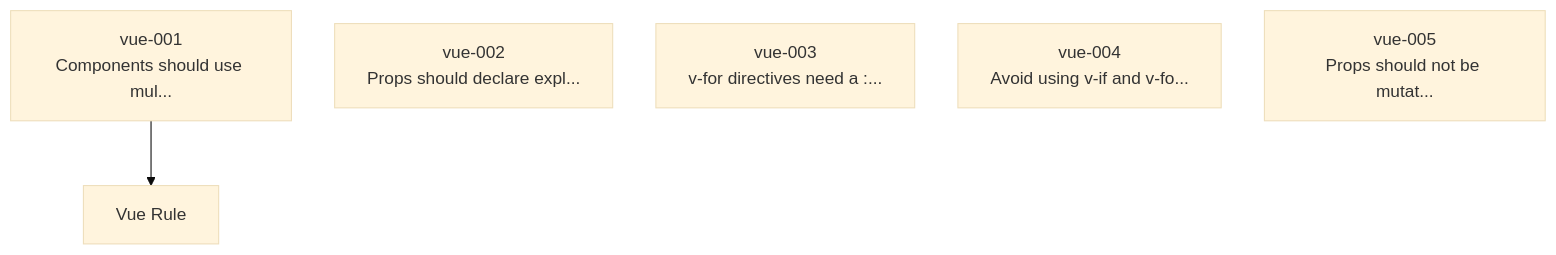
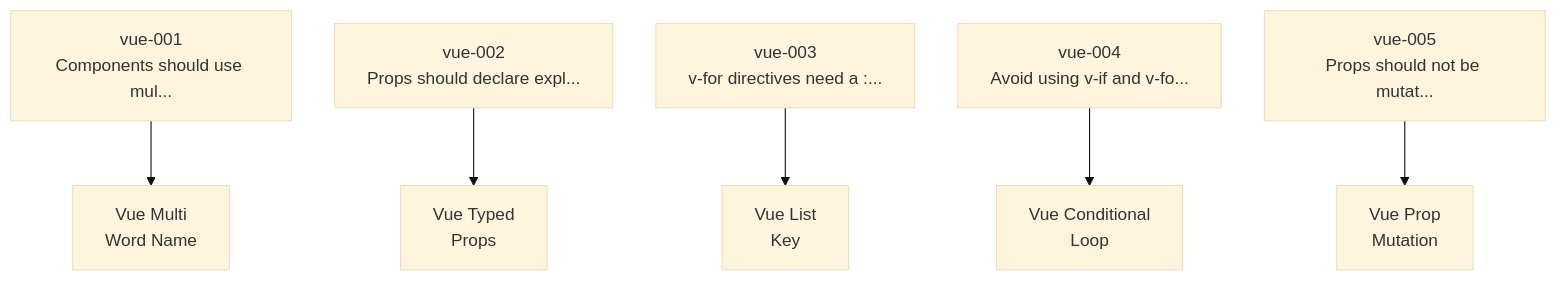
Before and after one commit to Anselmoo/mcp-zen-of-languages: the first of 4 diagrams in docs/user-guide/frameworks/vue.md, drawn with Mermaid. The commit also changed other lines of this file and 41 other files, not shown here.

First line of the commit message:
feat: Enhance Vue and Ansible detector mappings with explicit dogmas

````diff
--- a/docs/user-guide/frameworks/vue.md
+++ b/docs/user-guide/frameworks/vue.md
@@ -119,11 +128,19 @@
     ```mermaid
     %%{init: {"theme": "base", "flowchart": {"useMaxWidth": false, "htmlLabels": true, "nodeSpacing": 40, "rankSpacing": 60}}}%%
     graph TD
     vue_001["vue-001<br/>Components should use mul..."]
     vue_002["vue-002<br/>Props should declare expl..."]
     vue_003["vue-003<br/>v-for directives need a :..."]
     vue_004["vue-004<br/>Avoid using v-if and v-fo..."]
     vue_005["vue-005<br/>Props should not be mutat..."]
-    det_VueRuleDetector["Vue Rule"]
-    vue_001 --> det_VueRuleDetector
+    det_VueConditionalLoopDetector["Vue Conditional<br/>Loop"]
+    vue_004 --> det_VueConditionalLoopDetector
+    det_VueListKeyDetector["Vue List<br/>Key"]
+    vue_003 --> det_VueListKeyDetector
+    det_VueMultiWordNameDetector["Vue Multi<br/>Word Name"]
+    vue_001 --> det_VueMultiWordNameDetector
+    det_VuePropMutationDetector["Vue Prop<br/>Mutation"]
+    vue_005 --> det_VuePropMutationDetector
+    det_VueTypedPropsDetector["Vue Typed<br/>Props"]
+    vue_002 --> det_VueTypedPropsDetector
     ```
````
